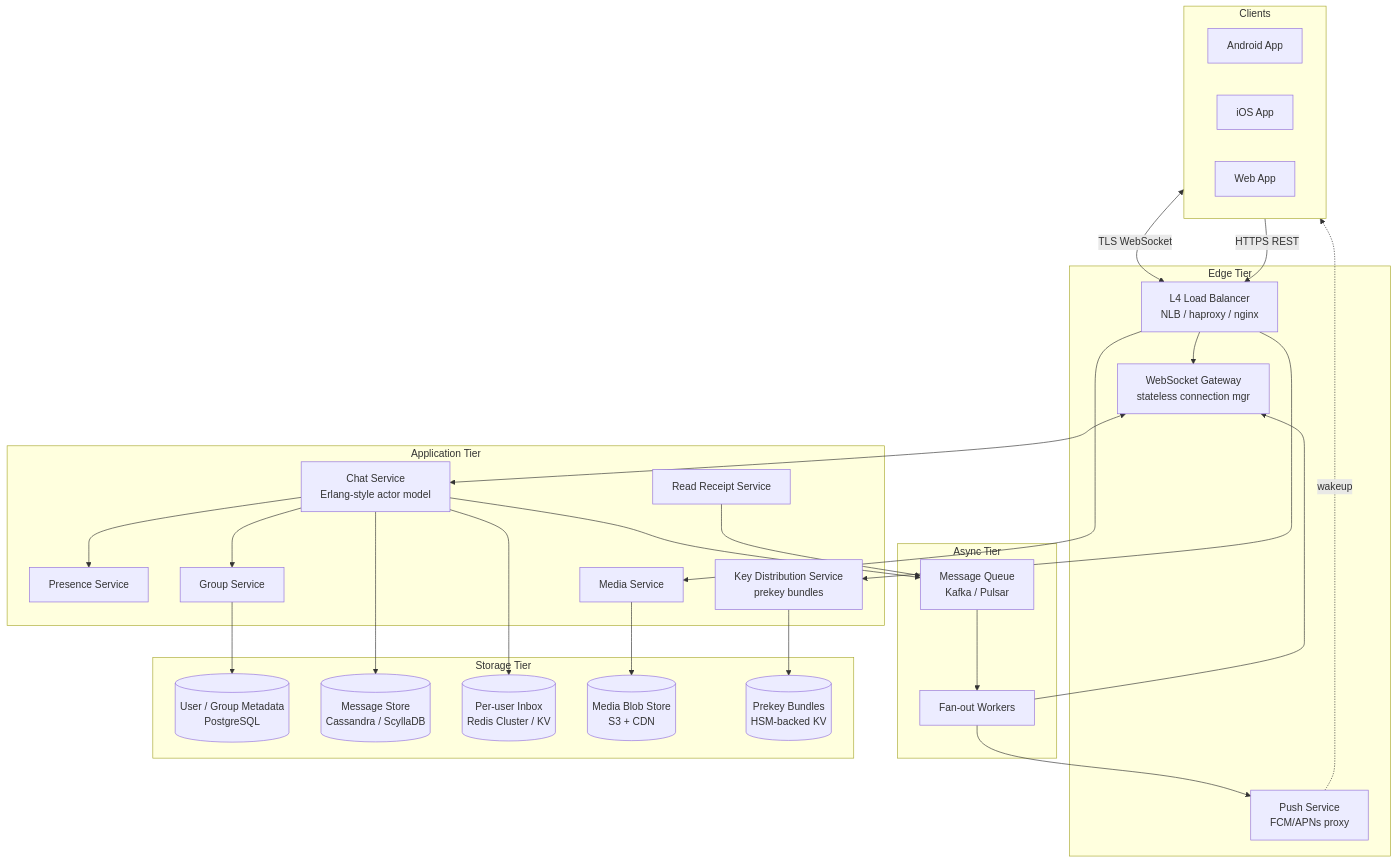
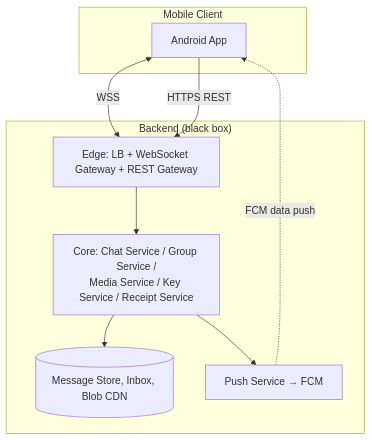
The first of 4 diagrams in mobile-system-design/chat-messaging.md (swarnsingh/android-staff-engineer-playbook-website), drawn with Mermaid before and after one commit. The commit also changed other lines of this file, not shown here.

````diff
--- a/mobile-system-design/chat-messaging.md
+++ b/mobile-system-design/chat-messaging.md
@@ -52,56 +51,20 @@
 ```mermaid
 flowchart TB
-    subgraph Clients["Clients"]
-        AndroidApp[Android App]
-        iOSApp[iOS App]
-        WebApp[Web App]
+    subgraph Mobile["Mobile Client"]
+        App[Android App]
     end
 
-    subgraph Edge["Edge Tier"]
-        LB[L4 Load Balancer<br/>NLB / haproxy / nginx]
-        Gateway[WebSocket Gateway<br/>stateless connection mgr]
-        Push[Push Service<br/>FCM/APNs proxy]
+    subgraph Backend["Backend (black box)"]
+        Edge[Edge: LB + WebSocket Gateway + REST Gateway]
+        Core[Core: Chat Service / Group Service /<br/>Media Service / Key Service / Receipt Service]
+        Push[Push Service → FCM]
+        Storage[(Message Store, Inbox, Blob CDN)]
     end
 
-    subgraph Services["Application Tier"]
-        Chat[Chat Service<br/>Erlang-style actor model]
-        Presence[Presence Service]
-        Group[Group Service]
-        Media[Media Service]
-        Key[Key Distribution Service<br/>prekey bundles]
-        ReadReceipt[Read Receipt Service]
-    end
-
-    subgraph Async["Async Tier"]
-        MQ[Message Queue<br/>Kafka / Pulsar]
-        FanoutWorker[Fan-out Workers]
-    end
-
-    subgraph Storage["Storage Tier"]
-        MetaDB[(User / Group Metadata<br/>PostgreSQL)]
-        MsgDB[(Message Store<br/>Cassandra / ScyllaDB)]
-        InboxDB[(Per-user Inbox<br/>Redis Cluster / KV)]
-        Blob[(Media Blob Store<br/>S3 + CDN)]
-        KeyStore[(Prekey Bundles<br/>HSM-backed KV)]
-    end
-
-    Clients <-->|TLS WebSocket| LB
-    Clients -->|HTTPS REST| LB
-    LB --> Gateway
-    LB --> Media
-    LB --> Key
-    Gateway <--> Chat
-    Chat --> MQ
-    Chat --> Presence
-    Chat --> Group
-    MQ --> FanoutWorker
-    FanoutWorker --> Gateway
-    FanoutWorker --> Push
-    Chat --> MsgDB
-    Chat --> InboxDB
-    Group --> MetaDB
-    Key --> KeyStore
-    Media --> Blob
-    Push -.->|wakeup| Clients
-    ReadReceipt --> MQ
+    App <-->|WSS| Edge
+    App -->|HTTPS REST| Edge
+    Edge --> Core
+    Core --> Storage
+    Core --> Push
+    Push -.->|FCM data push| App
 ```
````
